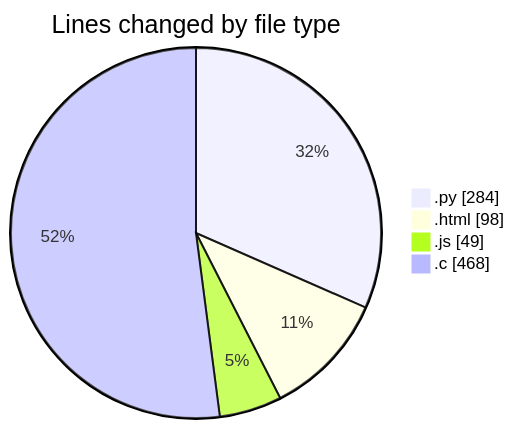
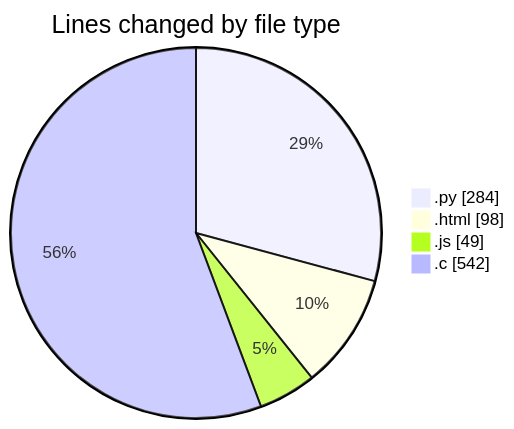
One commit to Ritupan-Deka/code-tracking changed the first of 2 diagrams in 2025-01-21/projects/README.md. Above: the diagram before and after it, drawn with Mermaid. The commit also changed other lines of this file and 1 other file, not shown here.

````diff
--- a/2025-01-21/projects/README.md
+++ b/2025-01-21/projects/README.md
@@ -31,8 +31,8 @@
 ```mermaid
 pie showData
 title Lines changed by file type
 ".py" : 284
 ".html" : 98
 ".js" : 49
-".c" : 468
+".c" : 542
 ```
````
